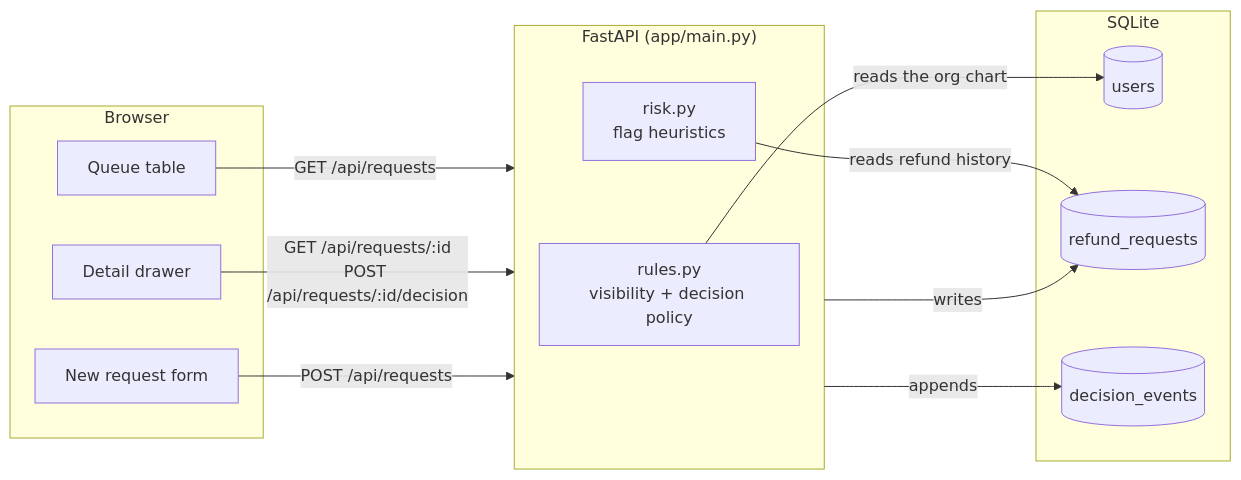
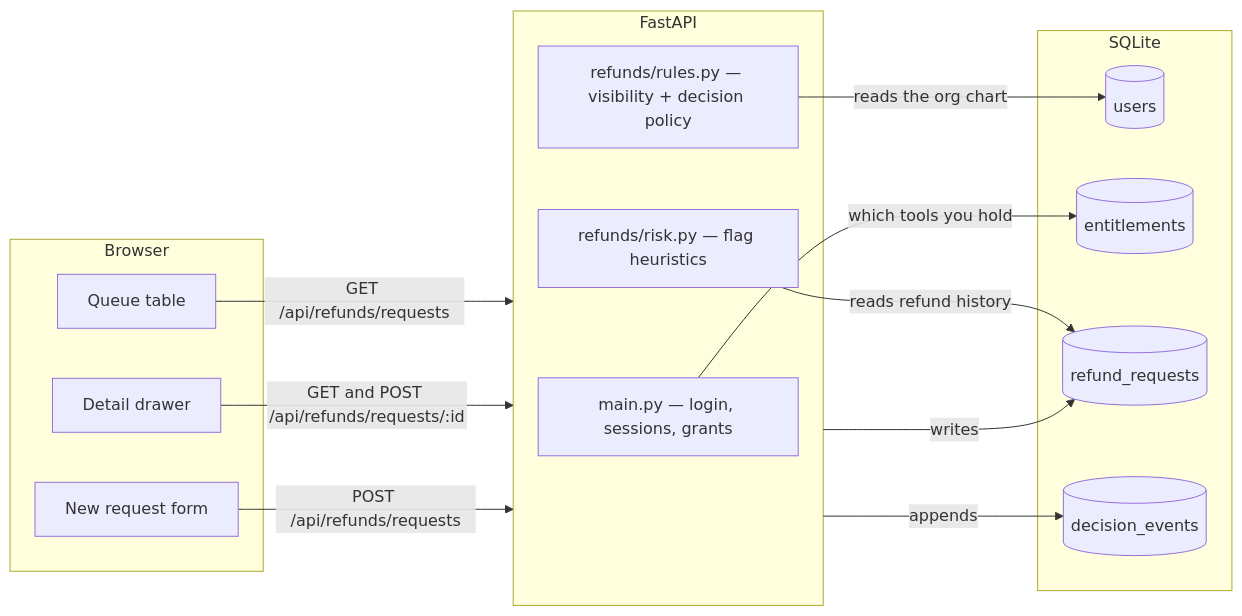
The first of 3 diagrams in README.md (anavibadde/anavi-baddepudi-demo-repo), drawn with Mermaid before and after one commit. The commit also changed other lines of this file and 34 other files, not shown here.

Commit message:
Put refunds behind a shared shell with per-tool entitlements

````diff
--- a/README.md
+++ b/README.md
@@ -64,27 +82,30 @@
 ```mermaid
 flowchart LR
   subgraph Browser
     Q[Queue table]
     D[Detail drawer]
     F[New request form]
   end
 
-  subgraph API["FastAPI (app/main.py)"]
-    R[rules.py<br/>visibility + decision policy]
-    K[risk.py<br/>flag heuristics]
+  subgraph API["FastAPI"]
+    S[main.py — login, sessions, grants]
+    R[refunds/rules.py — visibility + decision policy]
+    K[refunds/risk.py — flag heuristics]
   end
 
   subgraph DB["SQLite"]
     U[(users)]
+    E[(entitlements)]
     RR[(refund_requests)]
     DE[(decision_events)]
   end
 
-  Q -- "GET /api/requests" --> API
-  D -- "GET /api/requests/:id<br/>POST /api/requests/:id/decision" --> API
-  F -- "POST /api/requests" --> API
+  Q -- "GET /api/refunds/requests" --> API
+  D -- "GET and POST /api/refunds/requests/:id" --> API
+  F -- "POST /api/refunds/requests" --> API
+  S -- "which tools you hold" --> E
   R -- "reads the org chart" --> U
   K -- "reads refund history" --> RR
   API -- "writes" --> RR
   API -- "appends" --> DE
 ```
````
